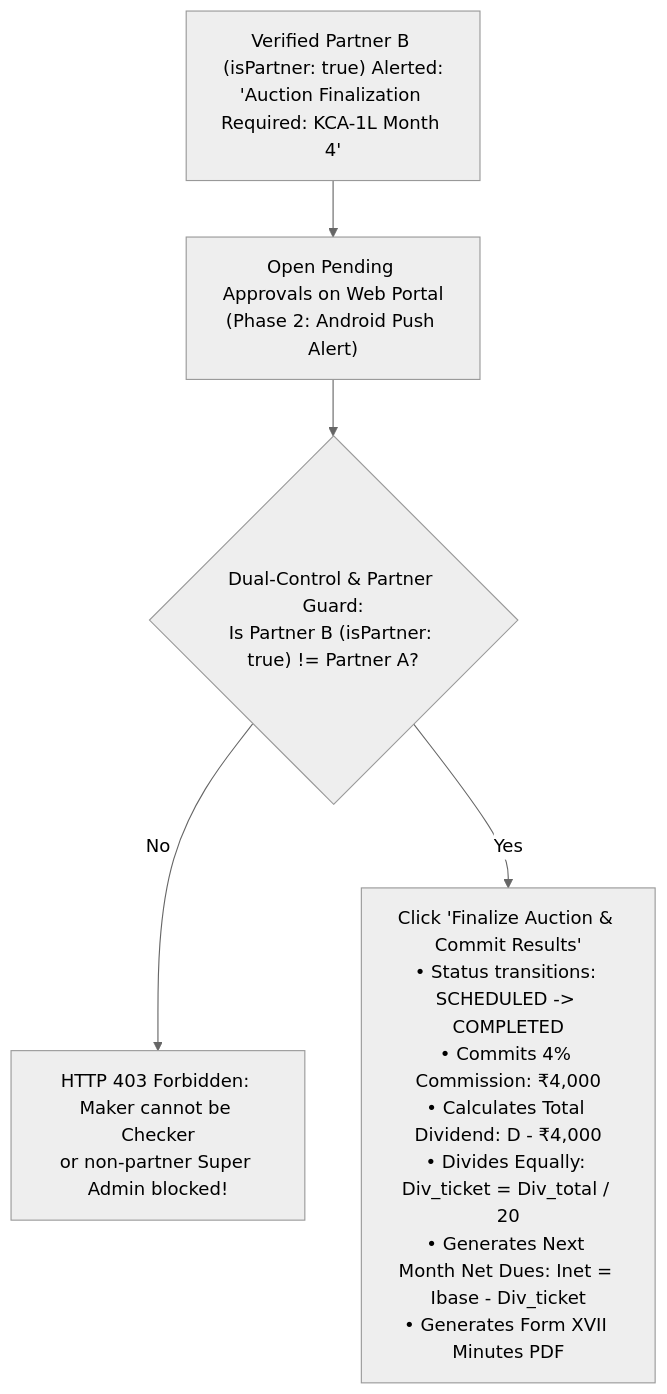
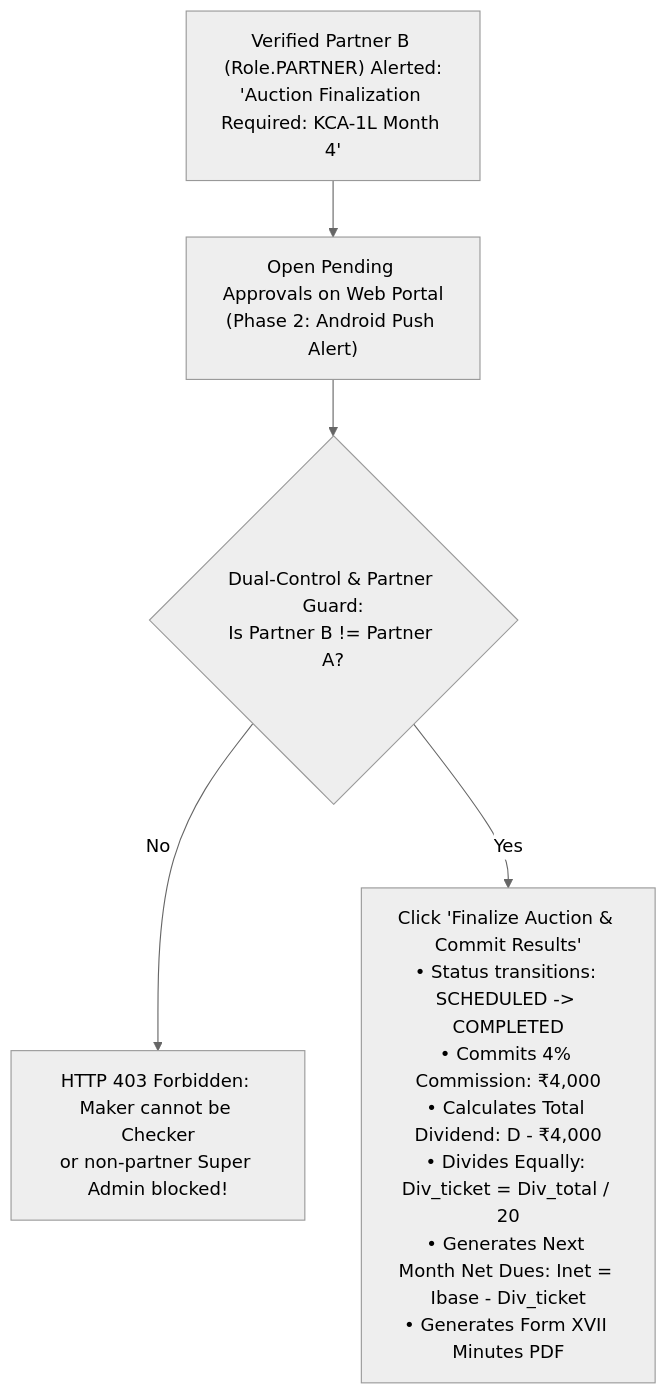
Before and after one commit to Kathir-24/Kumaran-finance: the sixth of 15 diagrams in docs/07-operations/user-manuals/admin-foreman-manual.md, drawn with Mermaid (neutral theme). The commit also changed other lines of this file and 189 other files, not shown here.

````diff
--- a/docs/07-operations/user-manuals/admin-foreman-manual.md
+++ b/docs/07-operations/user-manuals/admin-foreman-manual.md
@@ -166,7 +166,7 @@
 ```mermaid
 flowchart TD
-    Push["Verified Partner B (isPartner: true) Alerted:\n'Auction Finalization Required: KCA-1L Month 4'"] --> Open["Open Pending Approvals on Web Portal\n(Phase 2: Android Push Alert)"]
-    Open --> Guard{"Dual-Control & Partner Guard:\nIs Partner B (isPartner: true) != Partner A?"}
+    Push["Verified Partner B (Role.PARTNER) Alerted:\n'Auction Finalization Required: KCA-1L Month 4'"] --> Open["Open Pending Approvals on Web Portal\n(Phase 2: Android Push Alert)"]
+    Open --> Guard{"Dual-Control & Partner Guard:\nIs Partner B != Partner A?"}
     Guard -- No --> Deny["HTTP 403 Forbidden: Maker cannot be Checker\nor non-partner Super Admin blocked!"]
     Guard -- Yes --> Commit["Click 'Finalize Auction & Commit Results'\n• Status transitions: SCHEDULED -> COMPLETED\n• Commits 4% Commission: ₹4,000\n• Calculates Total Dividend: D - ₹4,000\n• Divides Equally: Div_ticket = Div_total / 20\n• Generates Next Month Net Dues: Inet = Ibase - Div_ticket\n• Generates Form XVII Minutes PDF"]
 ```
````
